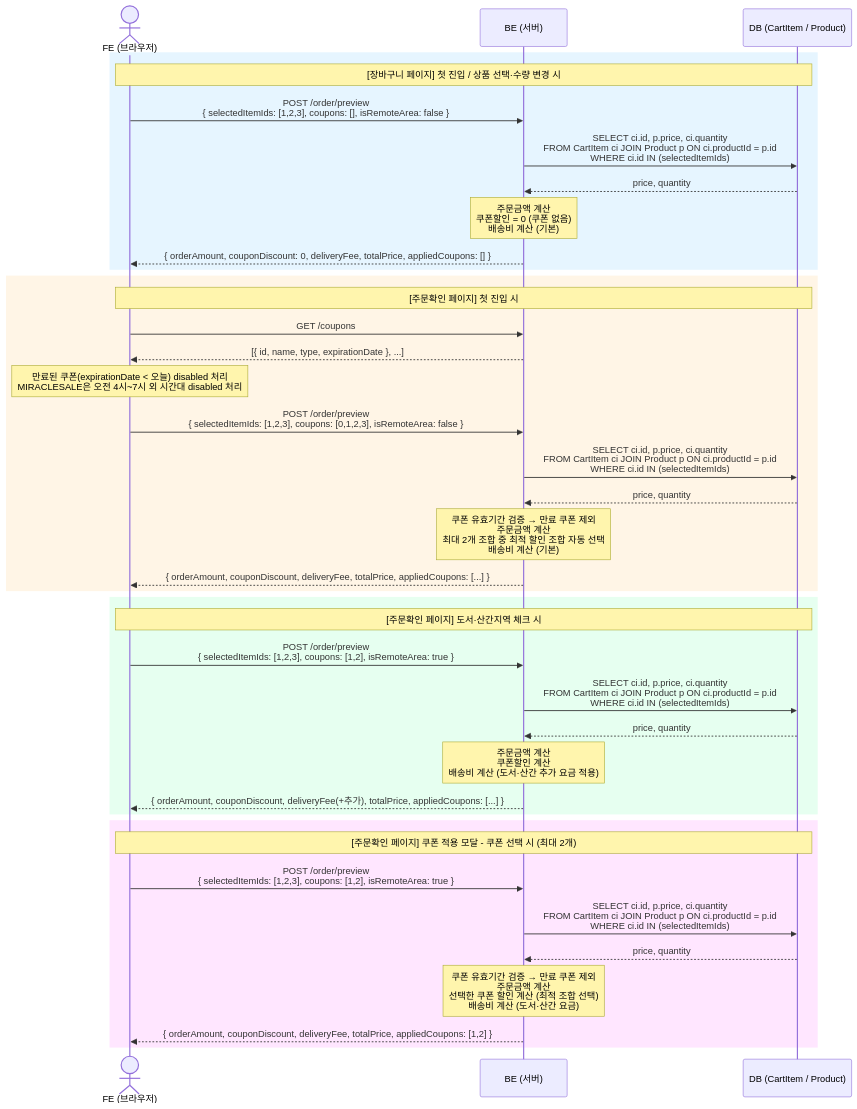
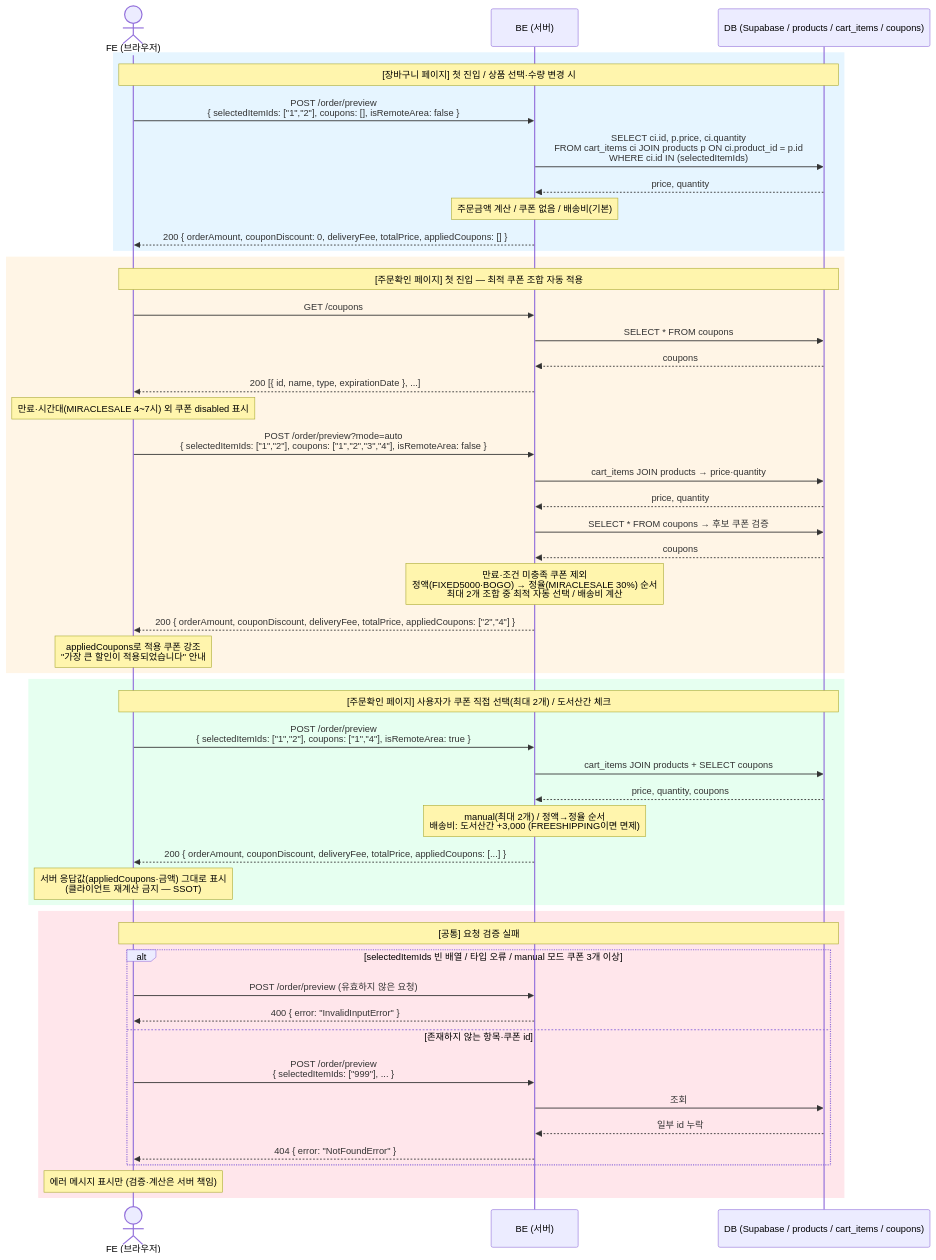
One commit to Eastar-DS/shopping-cart-full-stack changed the diagram in docs/SEQUENCE-DIAGRAM.md. Above: the diagram before and after it, drawn with Mermaid.

Commit message:
docs(diagram): 시퀀스 다이어그램을 구현 기준으로 최신화

````diff
--- a/docs/SEQUENCE-DIAGRAM.md
+++ b/docs/SEQUENCE-DIAGRAM.md
@@ -2,79 +2,82 @@
 sequenceDiagram
 actor FE as FE (브라우저)
 participant BE as BE (서버)
-participant DB as DB (CartItem / Product)
+participant DB as DB (Supabase / products / cart_items / coupons)
 
     %% ─────────────────────────────────────────
-    %% 1. 장바구니 페이지 (주문 확인 전)
+    %% 1. 장바구니 페이지 (쿠폰 없음)
     %% ─────────────────────────────────────────
     rect rgb(230, 245, 255)
         Note over FE,DB: [장바구니 페이지] 첫 진입 / 상품 선택·수량 변경 시
 
-        FE->>BE: POST /order/preview<br/>{ selectedItemIds: [1,2,3], coupons: [], isRemoteArea: false }
+        FE->>BE: POST /order/preview<br/>{ selectedItemIds: ["1","2"], coupons: [], isRemoteArea: false }
 
-        BE->>DB: SELECT ci.id, p.price, ci.quantity<br/>FROM CartItem ci JOIN Product p ON ci.productId = p.id<br/>WHERE ci.id IN (selectedItemIds)
-
+        BE->>DB: SELECT ci.id, p.price, ci.quantity<br/>FROM cart_items ci JOIN products p ON ci.product_id = p.id<br/>WHERE ci.id IN (selectedItemIds)
         DB-->>BE: price, quantity
 
-        Note over BE: 주문금액 계산<br/>쿠폰할인 = 0 (쿠폰 없음)<br/>배송비 계산 (기본)
+        Note over BE: 주문금액 계산 / 쿠폰 없음 / 배송비(기본)
 
-        BE-->>FE: { orderAmount, couponDiscount: 0, deliveryFee, totalPrice, appliedCoupons: [] }
+        BE-->>FE: 200 { orderAmount, couponDiscount: 0, deliveryFee, totalPrice, appliedCoupons: [] }
     end
 
     %% ─────────────────────────────────────────
-    %% 2. 주문확인 페이지 첫 진입
+    %% 2. 주문확인 첫 진입 — 최적 조합 자동 적용 (auto 모드)
     %% ─────────────────────────────────────────
     rect rgb(255, 245, 230)
-        Note over FE,DB: [주문확인 페이지] 첫 진입 시
+        Note over FE,DB: [주문확인 페이지] 첫 진입 — 최적 쿠폰 조합 자동 적용
 
         FE->>BE: GET /coupons
+        BE->>DB: SELECT * FROM coupons
+        DB-->>BE: coupons
+        BE-->>FE: 200 [{ id, name, type, expirationDate }, ...]
+        Note over FE: 만료·시간대(MIRACLESALE 4~7시) 외 쿠폰 disabled 표시
 
-        BE-->>FE: [{ id, name, type, expirationDate }, ...]
+        FE->>BE: POST /order/preview?mode=auto<br/>{ selectedItemIds: ["1","2"], coupons: ["1","2","3","4"], isRemoteArea: false }
 
-        Note over FE: 만료된 쿠폰(expirationDate < 오늘) disabled 처리<br/>MIRACLESALE은 오전 4시~7시 외 시간대 disabled 처리
+        BE->>DB: cart_items JOIN products → price·quantity
+        DB-->>BE: price, quantity
+        BE->>DB: SELECT * FROM coupons → 후보 쿠폰 검증
+        DB-->>BE: coupons
 
-        FE->>BE: POST /order/preview<br/>{ selectedItemIds: [1,2,3], coupons: [0,1,2,3], isRemoteArea: false }
+        Note over BE: 만료·조건 미충족 쿠폰 제외<br/>정액(FIXED5000·BOGO) → 정율(MIRACLESALE 30%) 순서<br/>최대 2개 조합 중 최적 자동 선택 / 배송비 계산
 
-        BE->>DB: SELECT ci.id, p.price, ci.quantity<br/>FROM CartItem ci JOIN Product p ON ci.productId = p.id<br/>WHERE ci.id IN (selectedItemIds)
-
-        DB-->>BE: price, quantity
-
-        Note over BE: 쿠폰 유효기간 검증 → 만료 쿠폰 제외<br/>주문금액 계산<br/>최대 2개 조합 중 최적 할인 조합 자동 선택<br/>배송비 계산 (기본)
-
-        BE-->>FE: { orderAmount, couponDiscount, deliveryFee, totalPrice, appliedCoupons: [...] }
+        BE-->>FE: 200 { orderAmount, couponDiscount, deliveryFee, totalPrice, appliedCoupons: ["2","4"] }
+        Note over FE: appliedCoupons로 적용 쿠폰 강조<br/>"가장 큰 할인이 적용되었습니다" 안내
     end
 
     %% ─────────────────────────────────────────
-    %% 3. 도서 산간지역 체크
+    %% 3. 쿠폰 직접 선택(최대 2개) / 도서산간 체크 — manual 모드
     %% ─────────────────────────────────────────
     rect rgb(230, 255, 240)
-        Note over FE,DB: [주문확인 페이지] 도서·산간지역 체크 시
+        Note over FE,DB: [주문확인 페이지] 사용자가 쿠폰 직접 선택(최대 2개) / 도서산간 체크
 
-        FE->>BE: POST /order/preview<br/>{ selectedItemIds: [1,2,3], coupons: [1,2], isRemoteArea: true }
+        FE->>BE: POST /order/preview<br/>{ selectedItemIds: ["1","2"], coupons: ["1","4"], isRemoteArea: true }
 
-        BE->>DB: SELECT ci.id, p.price, ci.quantity<br/>FROM CartItem ci JOIN Product p ON ci.productId = p.id<br/>WHERE ci.id IN (selectedItemIds)
+        BE->>DB: cart_items JOIN products + SELECT coupons
+        DB-->>BE: price, quantity, coupons
 
-        DB-->>BE: price, quantity
+        Note over BE: manual(최대 2개) / 정액→정율 순서<br/>배송비: 도서산간 +3,000 (FREESHIPPING이면 면제)
 
-        Note over BE: 주문금액 계산<br/>쿠폰할인 계산<br/>배송비 계산 (도서·산간 추가 요금 적용)
-
-        BE-->>FE: { orderAmount, couponDiscount, deliveryFee(+추가), totalPrice, appliedCoupons: [...] }
+        BE-->>FE: 200 { orderAmount, couponDiscount, deliveryFee, totalPrice, appliedCoupons: [...] }
+        Note over FE: 서버 응답값(appliedCoupons·금액) 그대로 표시<br/>(클라이언트 재계산 금지 — SSOT)
     end
 
     %% ─────────────────────────────────────────
-    %% 4. 쿠폰 적용 모달
+    %% 4. 요청 검증 실패
     %% ─────────────────────────────────────────
-    rect rgb(255, 230, 255)
-        Note over FE,DB: [주문확인 페이지] 쿠폰 적용 모달 - 쿠폰 선택 시 (최대 2개)
+    rect rgb(255, 230, 235)
+        Note over FE,DB: [공통] 요청 검증 실패
 
-        FE->>BE: POST /order/preview<br/>{ selectedItemIds: [1,2,3], coupons: [1,2], isRemoteArea: true }
+        alt selectedItemIds 빈 배열 / 타입 오류 / manual 모드 쿠폰 3개 이상
+            FE->>BE: POST /order/preview (유효하지 않은 요청)
+            BE-->>FE: 400 { error: "InvalidInputError" }
+        else 존재하지 않는 항목·쿠폰 id
+            FE->>BE: POST /order/preview<br/>{ selectedItemIds: ["999"], ... }
+            BE->>DB: 조회
+            DB-->>BE: 일부 id 누락
+            BE-->>FE: 404 { error: "NotFoundError" }
+        end
 
-        BE->>DB: SELECT ci.id, p.price, ci.quantity<br/>FROM CartItem ci JOIN Product p ON ci.productId = p.id<br/>WHERE ci.id IN (selectedItemIds)
-
-        DB-->>BE: price, quantity
-
-        Note over BE: 쿠폰 유효기간 검증 → 만료 쿠폰 제외<br/>주문금액 계산<br/>선택한 쿠폰 할인 계산 (최적 조합 선택)<br/>배송비 계산 (도서·산간 요금)
-
-        BE-->>FE: { orderAmount, couponDiscount, deliveryFee, totalPrice, appliedCoupons: [1,2] }
+        Note over FE: 에러 메시지 표시만 (검증·계산은 서버 책임)
     end
 ```
````
